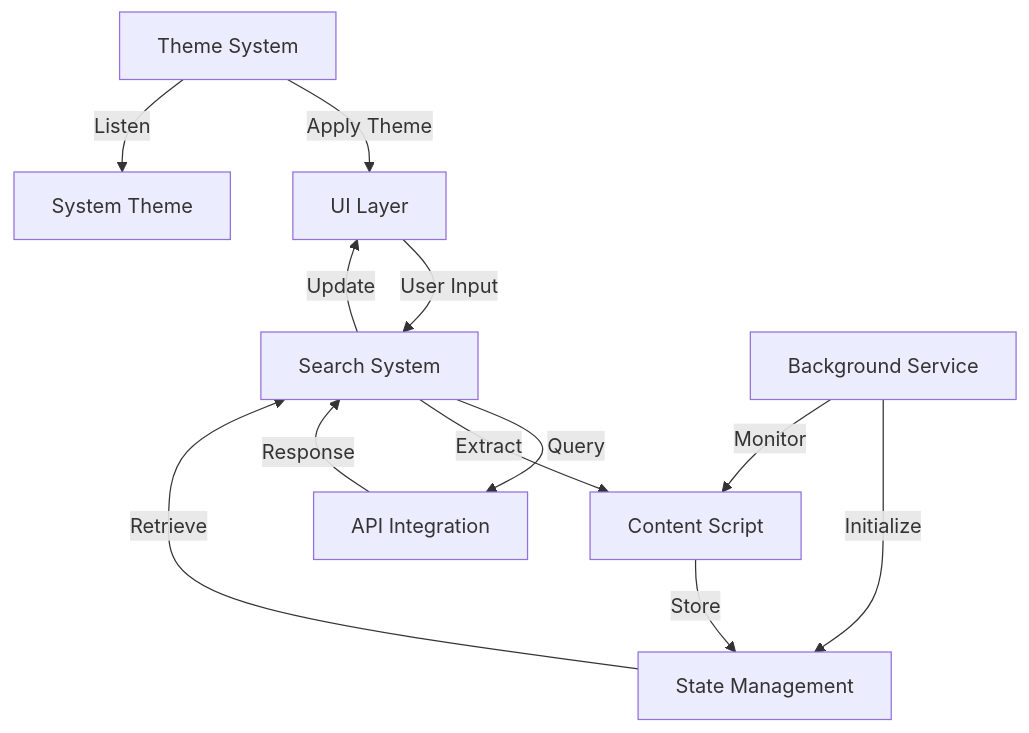
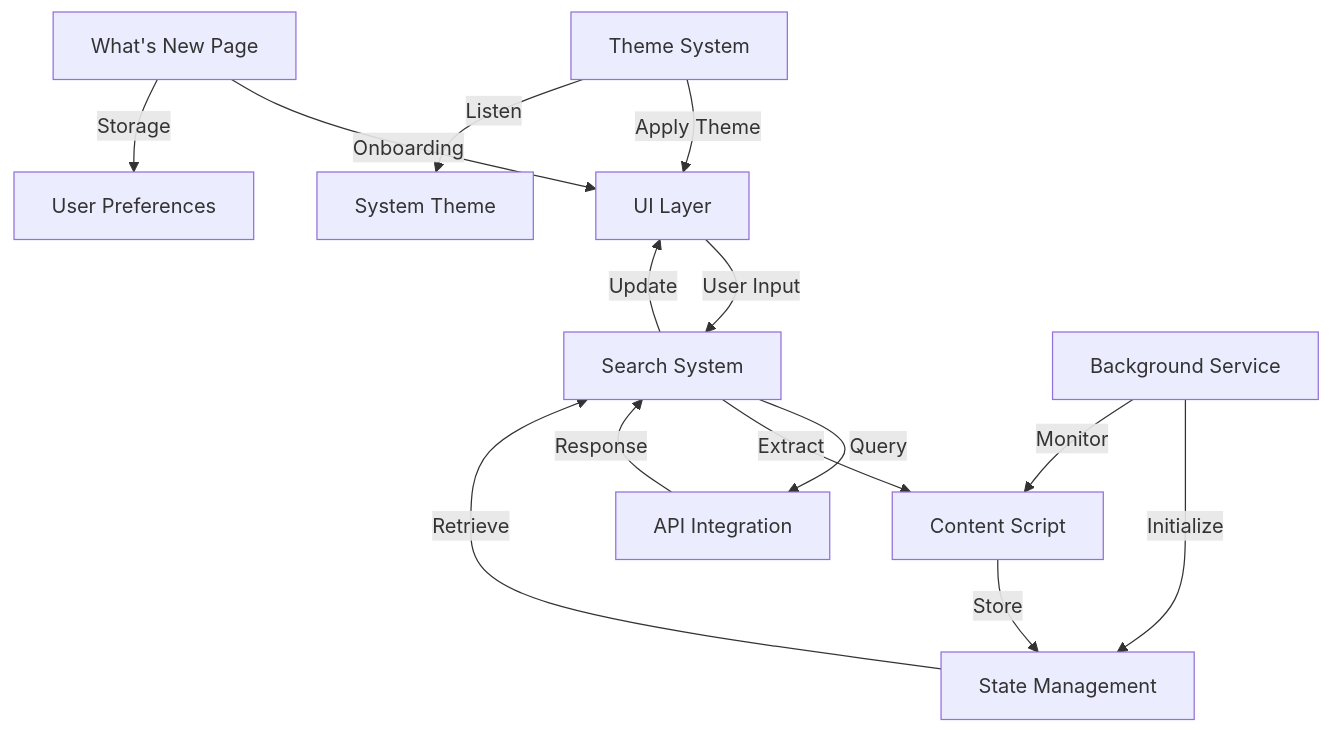
Before and after one commit to magellan-extension/magellan: the first of 2 diagrams in docs/ARCHITECTURE.md, drawn with Mermaid. The commit also changed other lines of this file and 1 other file, not shown here.

````diff
--- a/docs/ARCHITECTURE.md
+++ b/docs/ARCHITECTURE.md
@@ -42,14 +43,16 @@
 ```mermaid
 graph TD
     A[UI Layer] -->|User Input| B[Search System]
     B -->|Query| C[API Integration]
     B -->|Extract| D[Content Script]
     D -->|Store| E[State Management]
     E -->|Retrieve| B
     C -->|Response| B
     B -->|Update| A
     F[Background Service] -->|Initialize| E
     F -->|Monitor| D
     G[Theme System] -->|Apply Theme| A
     G -->|Listen| H[System Theme]
+    I[What's New Page] -->|Onboarding| A
+    I -->|Storage| J[User Preferences]
 ```
````
